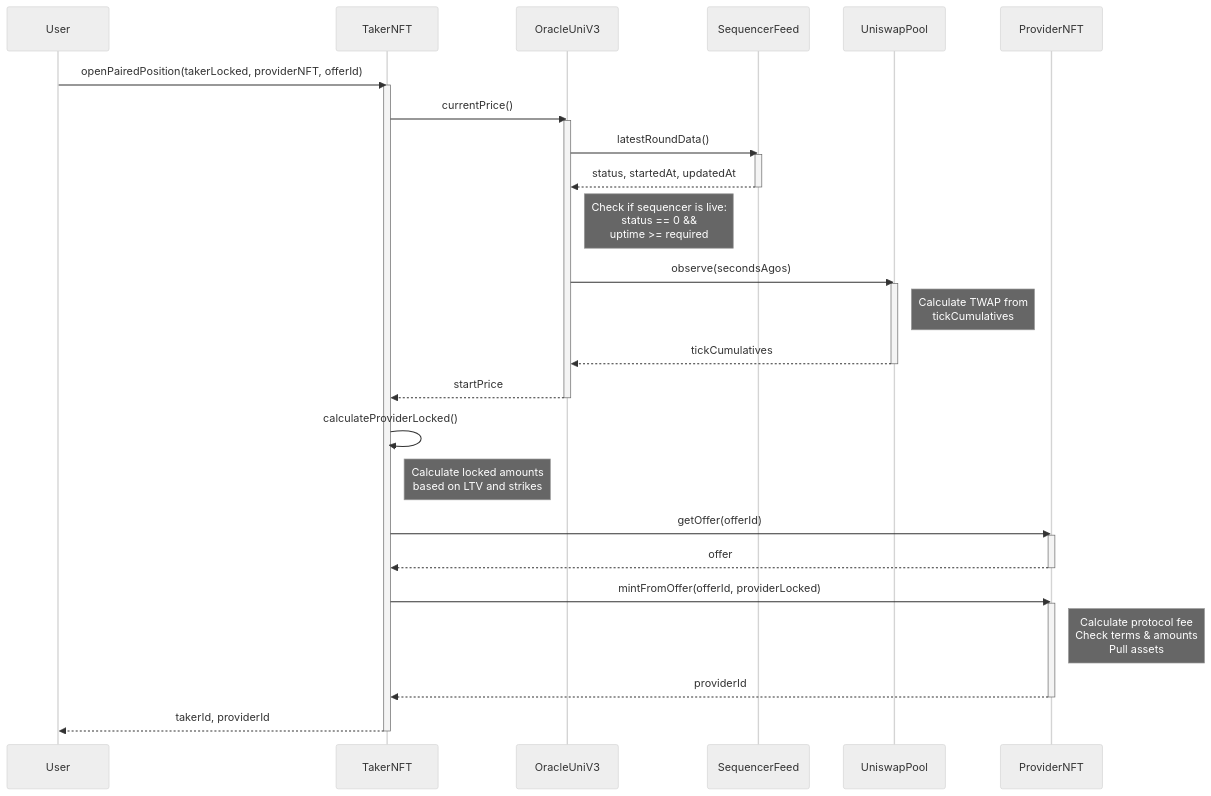
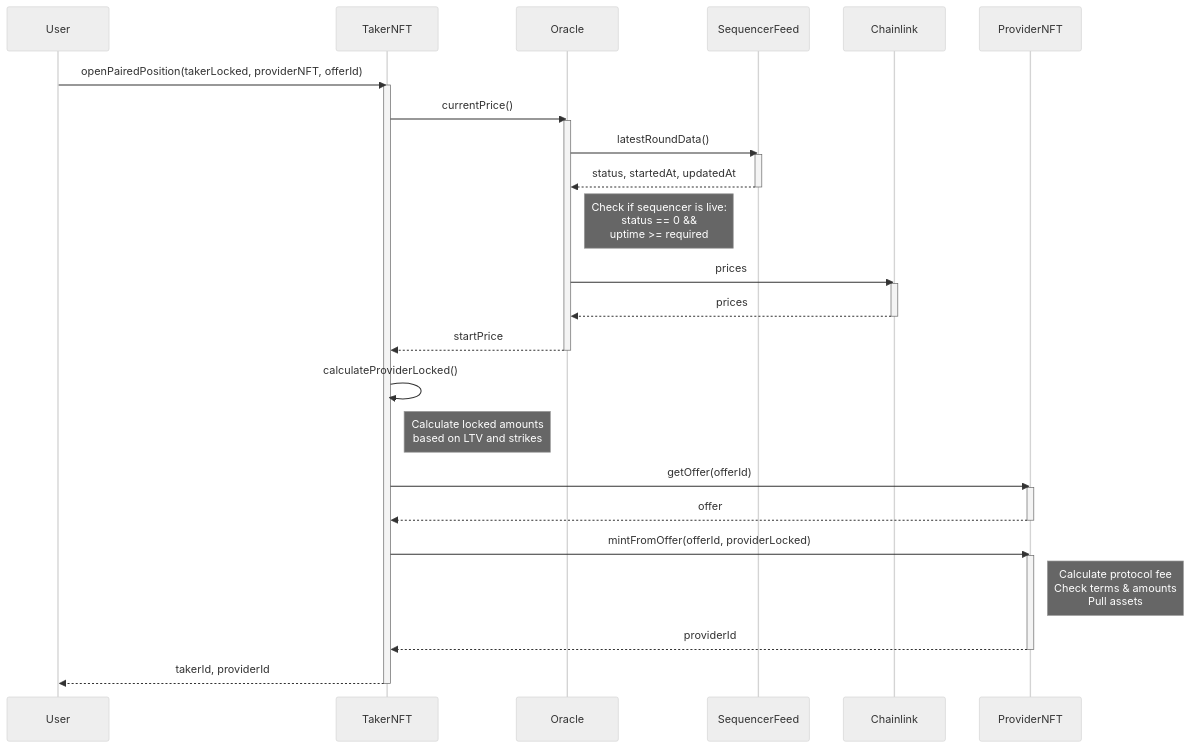
One commit to CollarNetworks/protocol-core changed the second of 5 diagrams in devdocs/diagrams.md. Above: the diagram before and after it, drawn with Mermaid (neutral theme). The commit also changed other lines of this file and 3 other files, not shown here.

````diff
--- a/devdocs/diagrams.md
+++ b/devdocs/diagrams.md
@@ -82,48 +82,47 @@
 ```mermaid
 sequenceDiagram
     participant User
     participant TakerNFT
-    participant OracleUniV3
+    participant Oracle
     participant SequencerFeed
-    participant UniswapPool
+    participant Chainlink
     participant ProviderNFT
 
     User->>TakerNFT: openPairedPosition(takerLocked, providerNFT, offerId)
     activate TakerNFT
 
-    TakerNFT->>OracleUniV3: currentPrice()
-    activate OracleUniV3
+    TakerNFT->>Oracle: currentPrice()
+    activate Oracle
 
-    OracleUniV3->>SequencerFeed: latestRoundData()
+    Oracle->>SequencerFeed: latestRoundData()
     activate SequencerFeed
-    SequencerFeed-->>OracleUniV3: status, startedAt, updatedAt
+    SequencerFeed-->>Oracle: status, startedAt, updatedAt
     deactivate SequencerFeed
     
-    Note right of OracleUniV3: Check if sequencer is live:<br/>status == 0 && <br/>uptime >= required
+    Note right of Oracle: Check if sequencer is live:<br/>status == 0 && <br/>uptime >= required
 
-    OracleUniV3->>UniswapPool: observe(secondsAgos)
-    activate UniswapPool
-    Note right of UniswapPool: Calculate TWAP from<br/>tickCumulatives
-    UniswapPool-->>OracleUniV3: tickCumulatives
-    deactivate UniswapPool
+    Oracle->>Chainlink: prices
+    activate Chainlink
+    Chainlink-->>Oracle: prices
+    deactivate Chainlink
 
-    OracleUniV3-->>TakerNFT: startPrice
-    deactivate OracleUniV3
+    Oracle-->>TakerNFT: startPrice
+    deactivate Oracle
 
     TakerNFT->>TakerNFT: calculateProviderLocked()
     Note right of TakerNFT: Calculate locked amounts<br/>based on LTV and strikes
 
     TakerNFT->>ProviderNFT: getOffer(offerId)
     activate ProviderNFT
     ProviderNFT-->>TakerNFT: offer
     deactivate ProviderNFT
 
     TakerNFT->>ProviderNFT: mintFromOffer(offerId, providerLocked)
     activate ProviderNFT
     Note right of ProviderNFT: Calculate protocol fee<br/>Check terms & amounts<br/>Pull assets
     ProviderNFT-->>TakerNFT: providerId
     deactivate ProviderNFT
 
     TakerNFT-->>User: takerId, providerId
     deactivate TakerNFT
 ```
````
